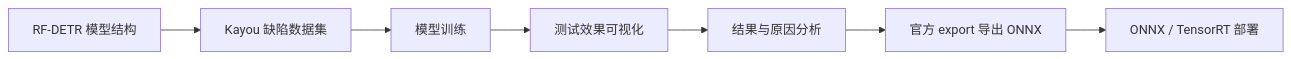
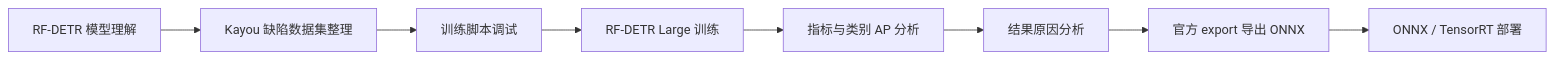
The first of 3 diagrams in README.md (zhoujiawei2002-arch/rf-detr), drawn with Mermaid before and after one commit. The commit also changed other lines of this file, not shown here.

Commit message:
Update README with project details and diagrams

````diff
--- a/README.md
+++ b/README.md
@@ -9,9 +11,10 @@
 ```mermaid
 flowchart LR
-    A["RF-DETR 模型结构"] --> B["Kayou 缺陷数据集"]
-    B --> C["模型训练"]
-    C --> D["测试效果可视化"]
-    D --> E["结果与原因分析"]
-    E --> F["官方 export 导出 ONNX"]
-    F --> G["ONNX / TensorRT 部署"]
+    A["RF-DETR 模型理解"] --> B["Kayou 缺陷数据集整理"]
+    B --> C["训练脚本调试"]
+    C --> D["RF-DETR Large 训练"]
+    D --> E["指标与类别 AP 分析"]
+    E --> F["结果原因分析"]
+    F --> G["官方 export 导出 ONNX"]
+    G --> H["ONNX / TensorRT 部署"]
 ```
````
